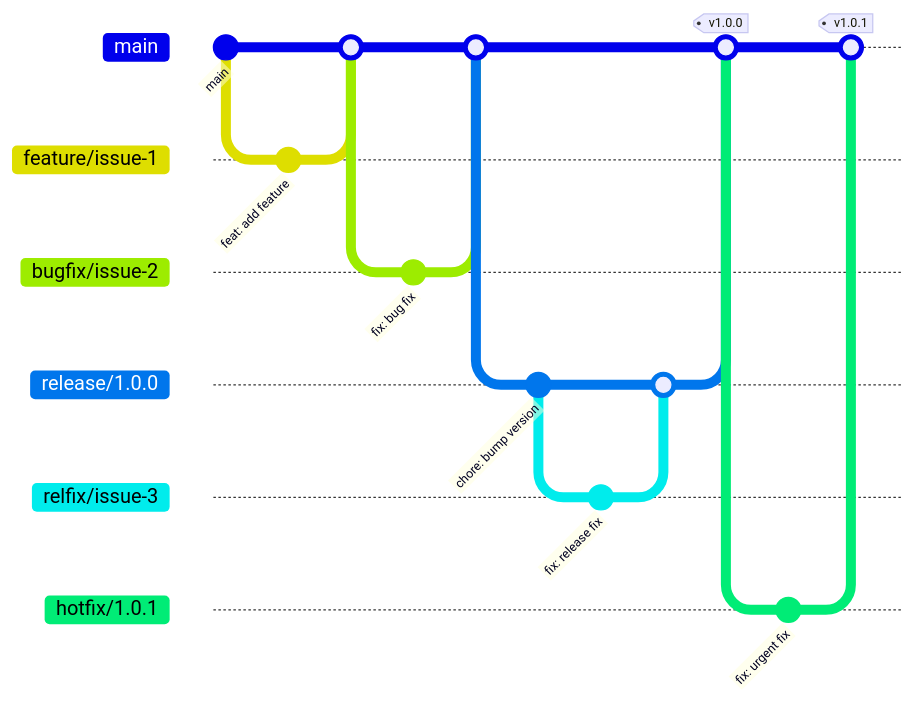
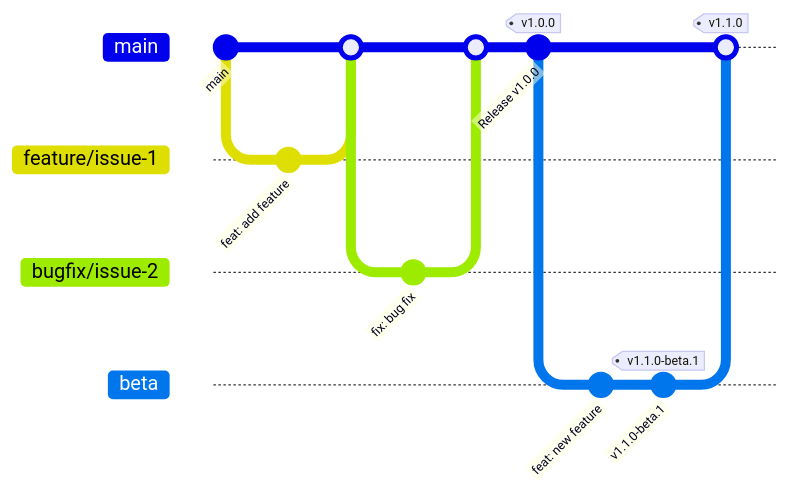
Before and after one commit to adrian-d-hidalgo/nestjs-mcp-server: the diagram in .handbook/GIT_GUIDELINES.md, drawn with Mermaid. The commit also changed other lines of this file and 18 other files, not shown here.

````diff
--- a/.handbook/GIT_GUIDELINES.md
+++ b/.handbook/GIT_GUIDELINES.md
@@ -45,24 +43,18 @@
 ```mermaid
 gitGraph
    commit id: "main"
    branch feature/issue-1
    commit id: "feat: add feature"
    checkout main
    merge feature/issue-1
    branch bugfix/issue-2
    commit id: "fix: bug fix"
    checkout main
    merge bugfix/issue-2
-   branch release/1.0.0
-   commit id: "chore: bump version"
-   branch relfix/issue-3
-   commit id: "fix: release fix"
-   checkout release/1.0.0
-   merge relfix/issue-3
+   commit id: "Release v1.0.0" tag: "v1.0.0"
+   branch beta
+   commit id: "feat: new feature"
+   commit id: "v1.1.0-beta.1" tag: "v1.1.0-beta.1"
    checkout main
-   merge release/1.0.0 tag: "v1.0.0"
-   branch hotfix/1.0.1
-   commit id: "fix: urgent fix"
-   checkout main
-   merge hotfix/1.0.1 tag: "v1.0.1"
+   merge beta tag: "v1.1.0"
 ```
````
